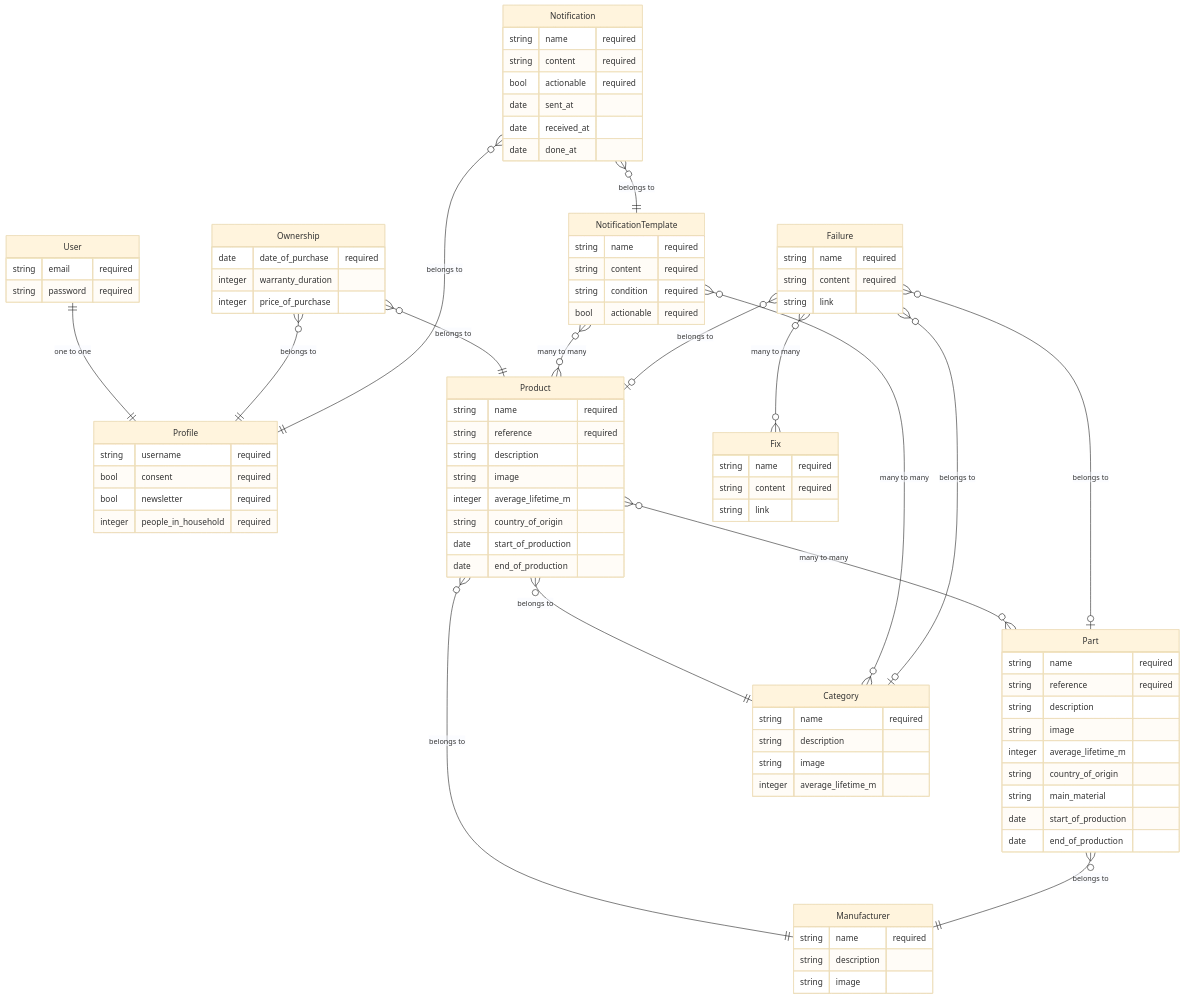
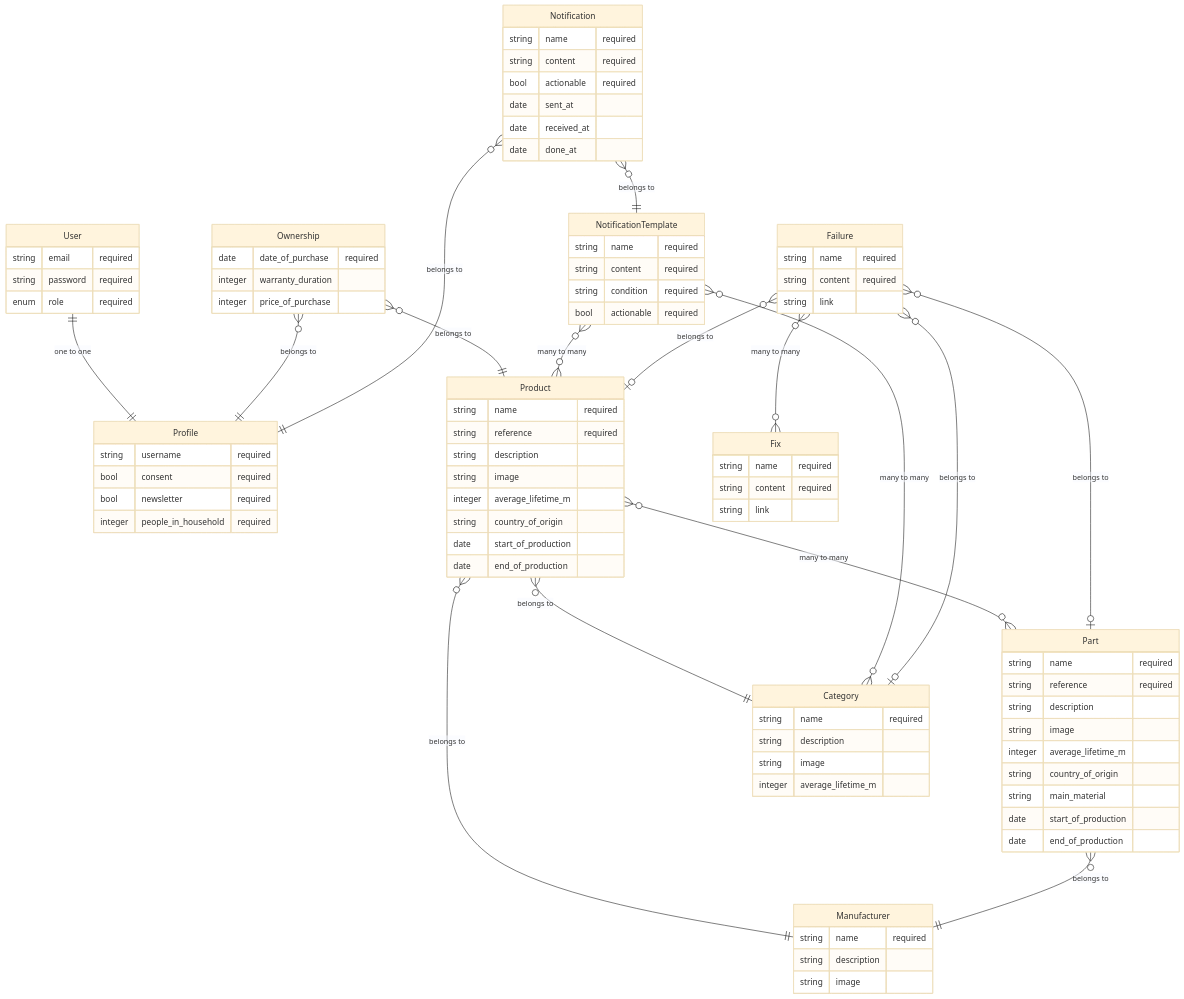
One commit to p-repair/prepair changed the diagram in docs/Database architecture.md. Above: the diagram before and after it, drawn with Mermaid (base theme). The commit also changed 3 other files, not shown here.

```diff
--- a/docs/Database architecture.md
+++ b/docs/Database architecture.md
@@ -21,6 +21,7 @@
     User{
         string email "required"
         string password "required"
+        enum role "required"
     }
 
     Profile{
```
